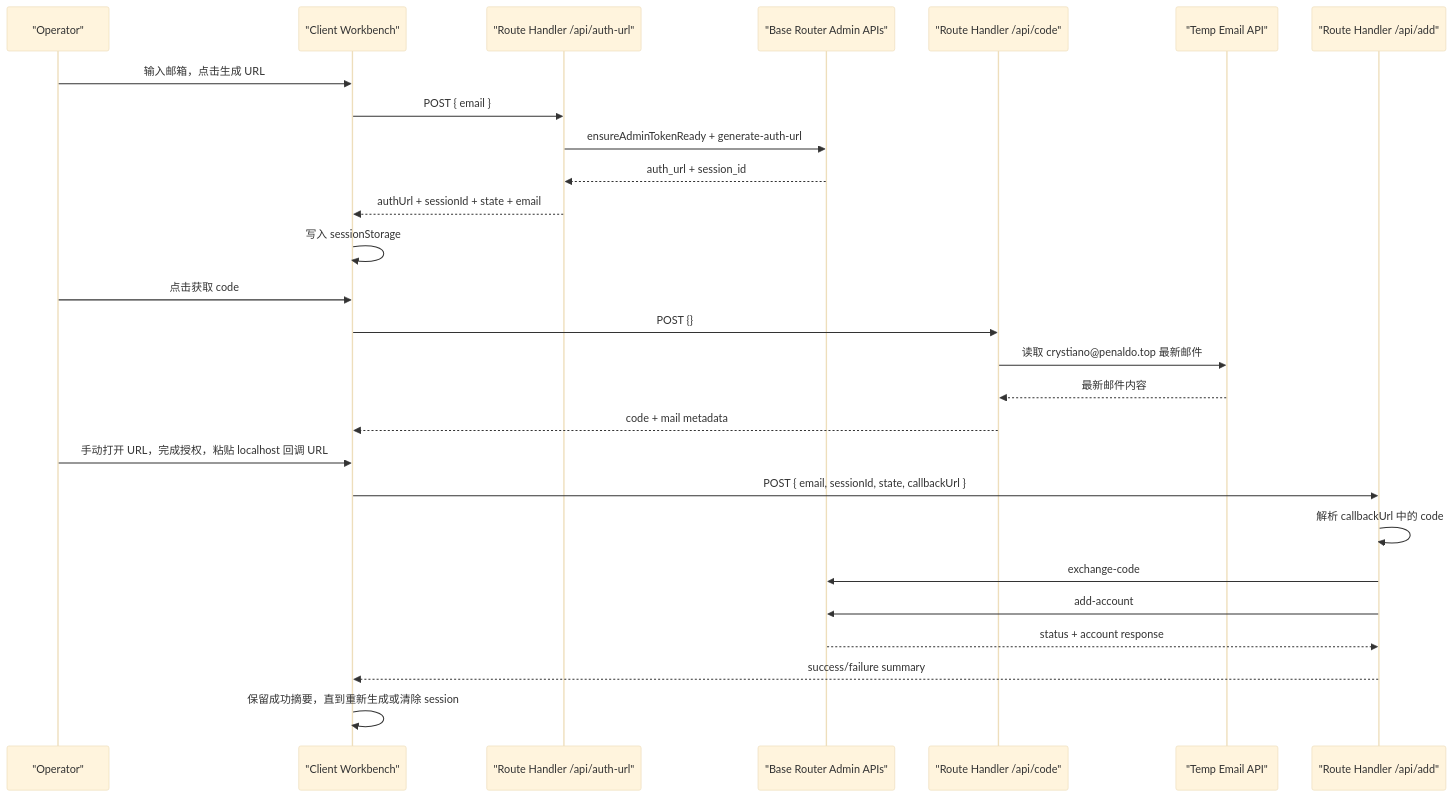
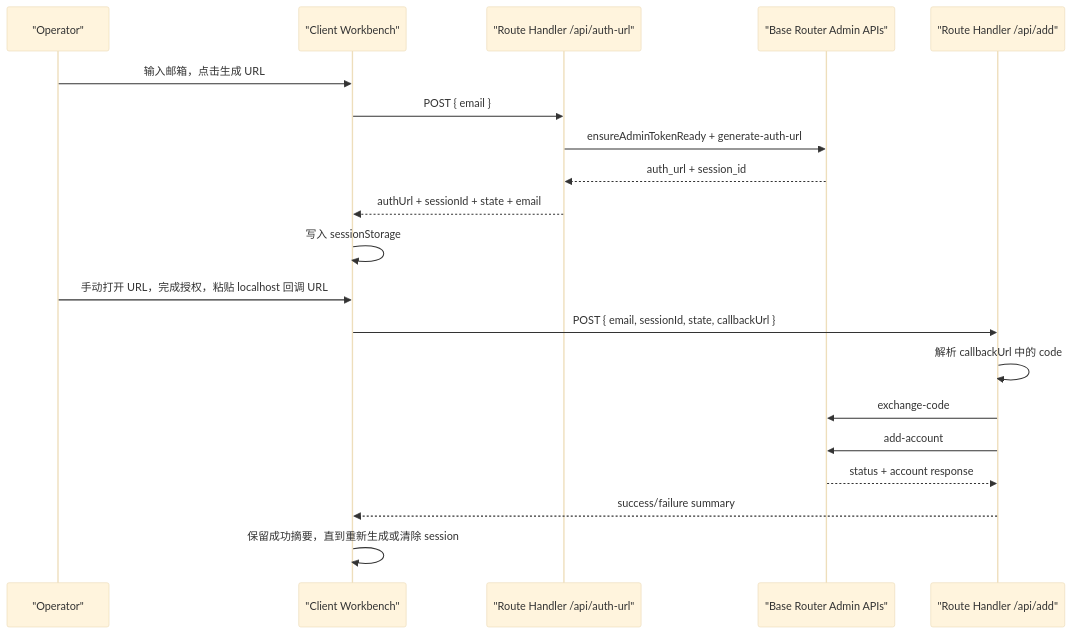
One commit to jeffery-zhang/semiauto-add changed the diagram in docs/plans/2026-04-04-001-feat-semiauto-add-workbench-plan.md. Above: the diagram before and after it, drawn with Mermaid (base theme). The commit also changed other lines of this file and 19 other files, not shown here.

Commit message:
refactor: remove get-code flow and clean docs

````diff
--- a/docs/plans/2026-04-04-001-feat-semiauto-add-workbench-plan.md
+++ b/docs/plans/2026-04-04-001-feat-semiauto-add-workbench-plan.md
@@ -122,32 +120,24 @@
 ```mermaid
 sequenceDiagram
     participant U as "Operator"
     participant C as "Client Workbench"
     participant A as "Route Handler /api/auth-url"
     participant B as "Base Router Admin APIs"
-    participant M as "Route Handler /api/code"
-    participant T as "Temp Email API"
     participant X as "Route Handler /api/add"
 
     U->>C: 输入邮箱，点击生成 URL
     C->>A: POST { email }
     A->>B: ensureAdminTokenReady + generate-auth-url
     B-->>A: auth_url + session_id
     A-->>C: authUrl + sessionId + state + email
     C->>C: 写入 sessionStorage
-
-    U->>C: 点击获取 code
-    C->>M: POST {}
-    M->>T: 读取 crystiano@penaldo.top 最新邮件
-    T-->>M: 最新邮件内容
-    M-->>C: code + mail metadata
 
     U->>C: 手动打开 URL，完成授权，粘贴 localhost 回调 URL
     C->>X: POST { email, sessionId, state, callbackUrl }
     X->>X: 解析 callbackUrl 中的 code
     X->>B: exchange-code
     X->>B: add-account
     B-->>X: status + account response
     X-->>C: success/failure summary
     C->>C: 保留成功摘要，直到重新生成或清除 session
 ```
````
